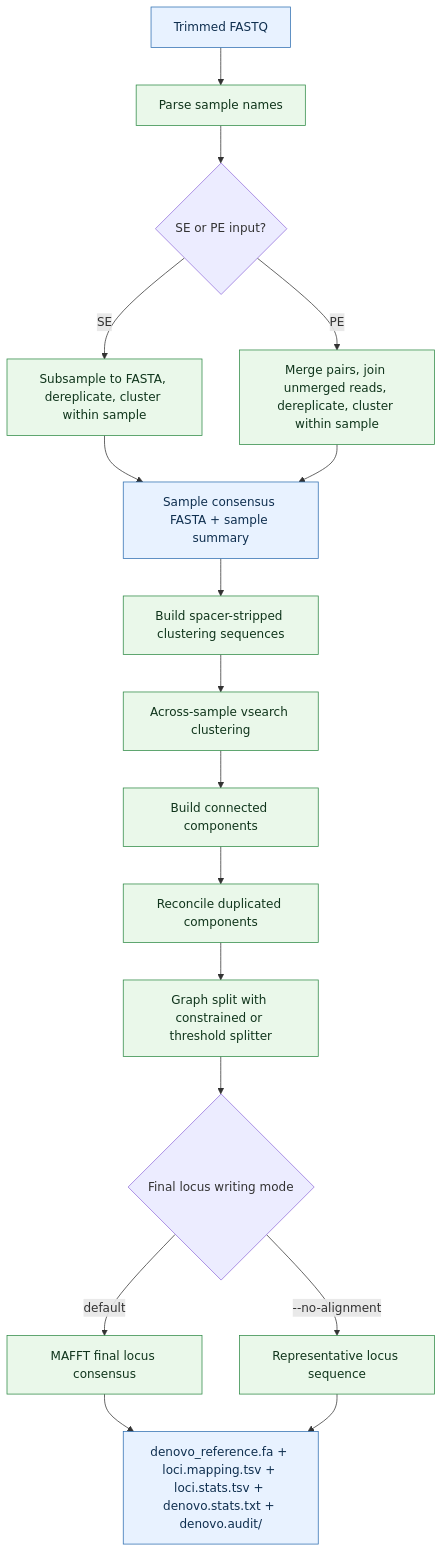
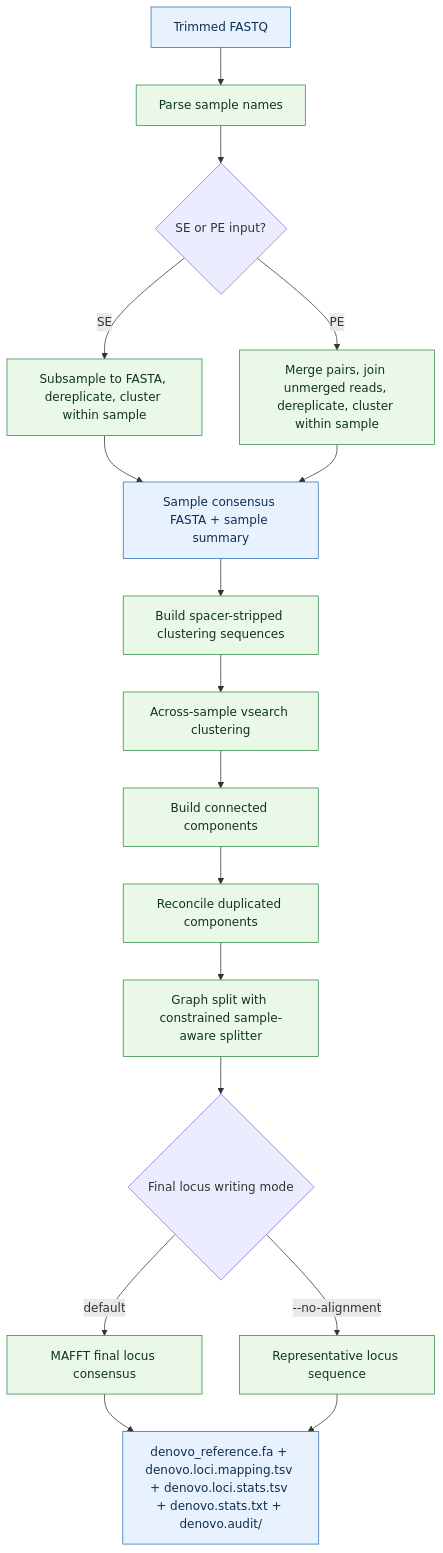
Before and after one commit to eaton-lab/ipyrad2: the diagram in docs/assembly/denovo.md, drawn with Mermaid. The commit also changed other lines of this file and 17 other files, not shown here.

First line of the commit message:
denovo: streamline constrained graph splitting and qc reporting

````diff
--- a/docs/assembly/denovo.md
+++ b/docs/assembly/denovo.md
@@ -23,22 +57,22 @@
 ```mermaid
 flowchart TD
     A["Trimmed FASTQ"]:::file --> B["Parse sample names"]:::cmd
     B --> C{"SE or PE input?"}
     C -->|SE| D["Subsample to FASTA, dereplicate, cluster within sample"]:::cmd
     C -->|PE| E["Merge pairs, join unmerged reads, dereplicate, cluster within sample"]:::cmd
     D --> F["Sample consensus FASTA + sample summary"]:::file
     E --> F
     F --> G["Build spacer-stripped clustering sequences"]:::cmd
     G --> H["Across-sample vsearch clustering"]:::cmd
     H --> I["Build connected components"]:::cmd
     I --> J["Reconcile duplicated components"]:::cmd
-    J --> K["Graph split with constrained or threshold splitter"]:::cmd
+    J --> K["Graph split with constrained sample-aware splitter"]:::cmd
     K --> L{"Final locus writing mode"} 
     L -->|default| M["MAFFT final locus consensus"]:::cmd
     L -->|--no-alignment| N["Representative locus sequence"]:::cmd
-    M --> O["denovo_reference.fa + loci.mapping.tsv + loci.stats.tsv + denovo.stats.txt + denovo.audit/"]:::file
+    M --> O["denovo_reference.fa + denovo.loci.mapping.tsv + denovo.loci.stats.tsv + denovo.stats.txt + denovo.audit/"]:::file
     N --> O
 
     classDef file fill:#e8f2ff,stroke:#2f6fb1,color:#0f2f4f;
     classDef cmd fill:#eaf8ea,stroke:#2f8a46,color:#10351c;
 ```
````
